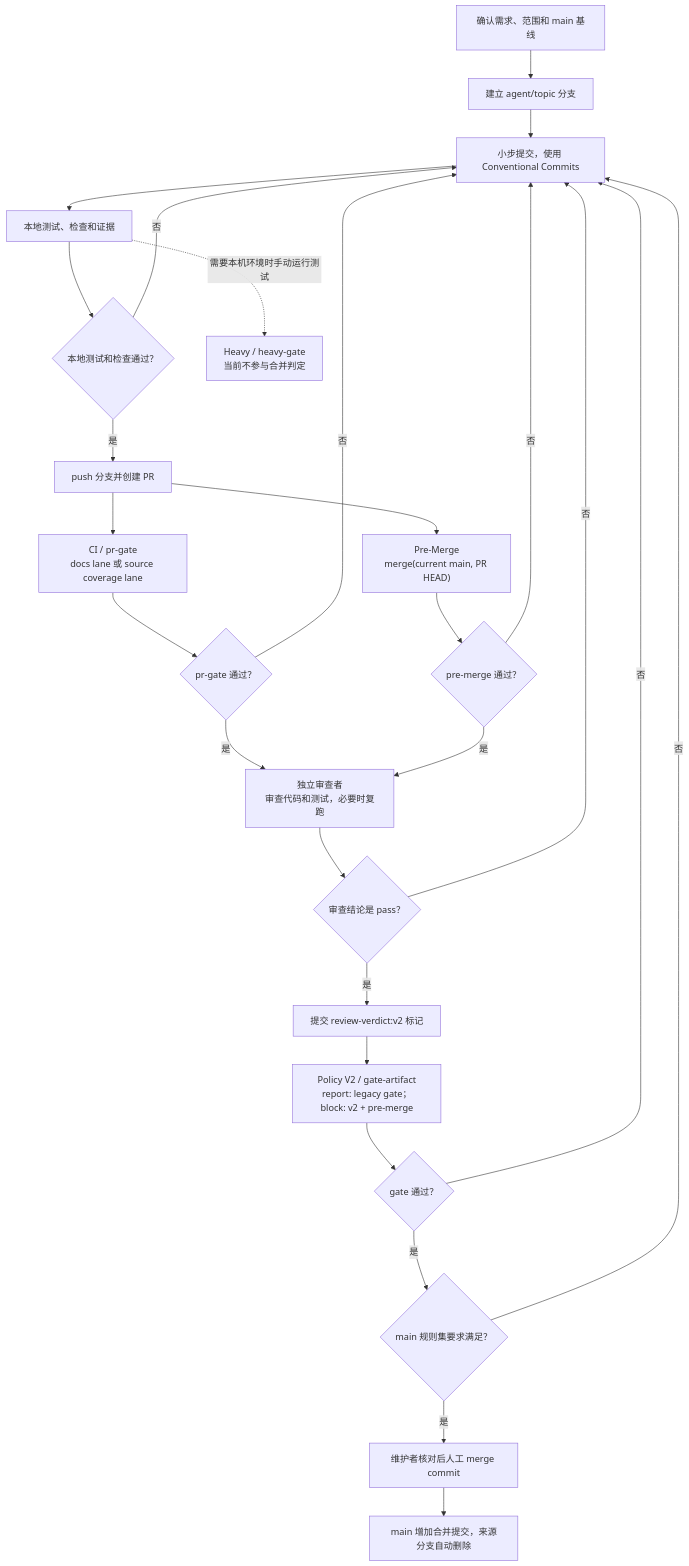
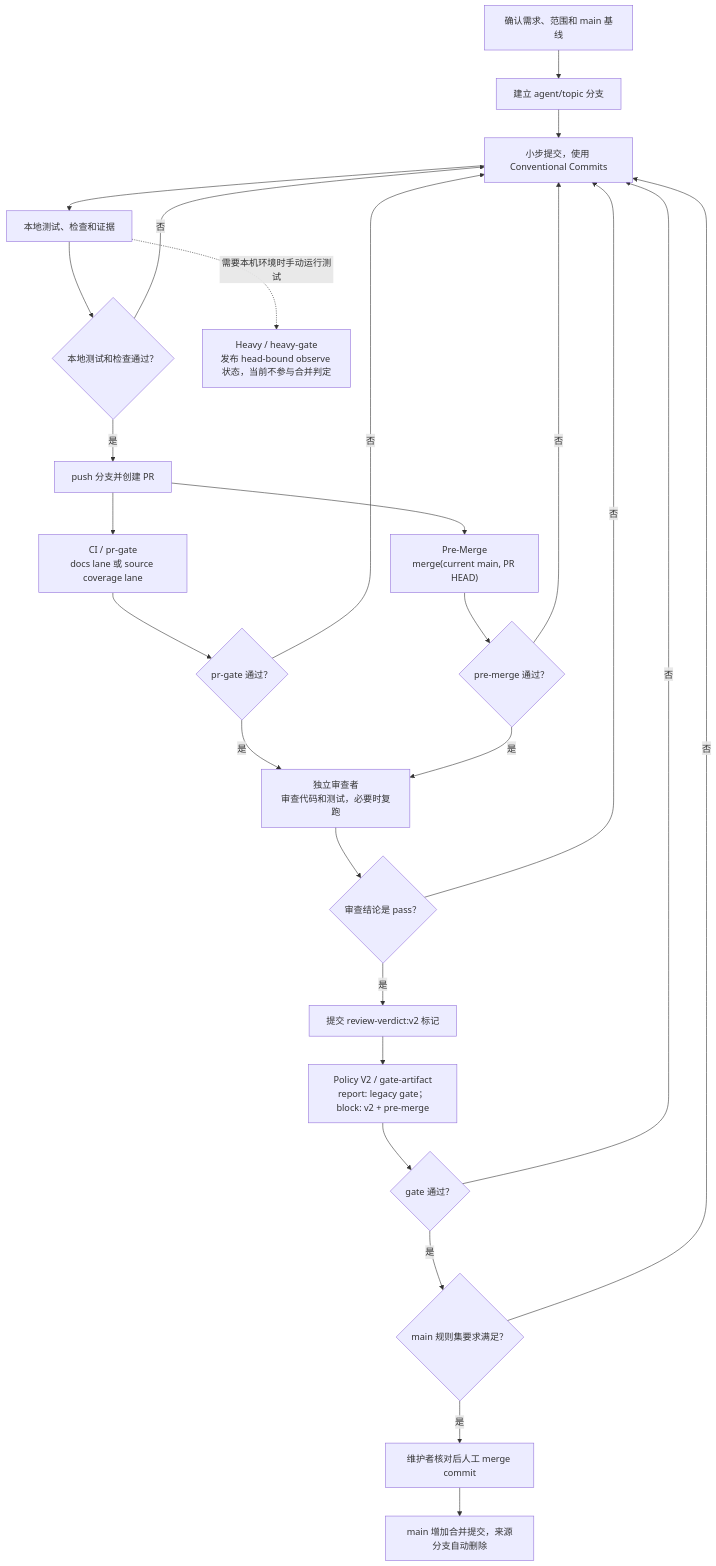
The first of 4 diagrams in docs/github-workflow.md (leigangzhang/dsh-cowork), drawn with Mermaid before and after one commit. The commit also changed other lines of this file and 12 other files, not shown here.

First line of the commit message:
feat(ci): publish a head-bound heavy result in observe mode

````diff
--- a/docs/github-workflow.md
+++ b/docs/github-workflow.md
@@ -45,29 +45,29 @@
 ```mermaid
 flowchart TD
   A["确认需求、范围和 main 基线"] --> B["建立 agent/topic 分支"]
   B --> C["小步提交，使用 Conventional Commits"]
   C --> D["本地测试、检查和证据"]
   D --> E{"本地测试和检查通过？"}
   E -- 否 --> C
   E -- 是 --> F["push 分支并创建 PR"]
   F --> G["CI / pr-gate<br/>docs lane 或 source coverage lane"]
   F --> P["Pre-Merge<br/>merge(current main, PR HEAD)"]
   G --> H{"pr-gate 通过？"}
   P --> Q{"pre-merge 通过？"}
   H -- 否 --> C
   Q -- 否 --> C
   H -- 是 --> I["独立审查者<br/>审查代码和测试，必要时复跑"]
   Q -- 是 --> I
   I --> J{"审查结论是 pass？"}
   J -- 否 --> C
   J -- 是 --> K["提交 review-verdict:v2 标记"]
   K --> L["Policy V2 / gate-artifact<br/>report: legacy gate；block: v2 + pre-merge"]
   L --> M{"gate 通过？"}
   M -- 否 --> C
   M -- 是 --> N{"main 规则集要求满足？"}
   N -- 否 --> C
   N -- 是 --> O["维护者核对后人工 merge commit"]
   O --> R["main 增加合并提交，来源分支自动删除"]
 
-  D -. 需要本机环境时手动运行测试 .-> X["Heavy / heavy-gate<br/>当前不参与合并判定"]
+  D -. 需要本机环境时手动运行测试 .-> X["Heavy / heavy-gate<br/>发布 head-bound observe 状态，当前不参与合并判定"]
 ```
````
